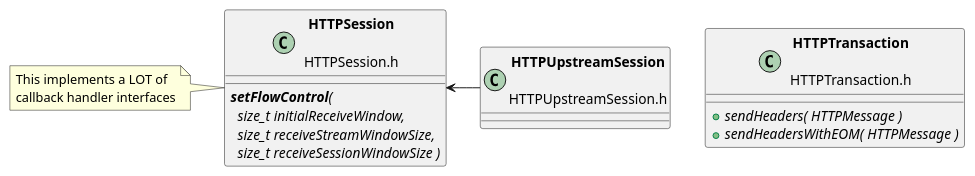
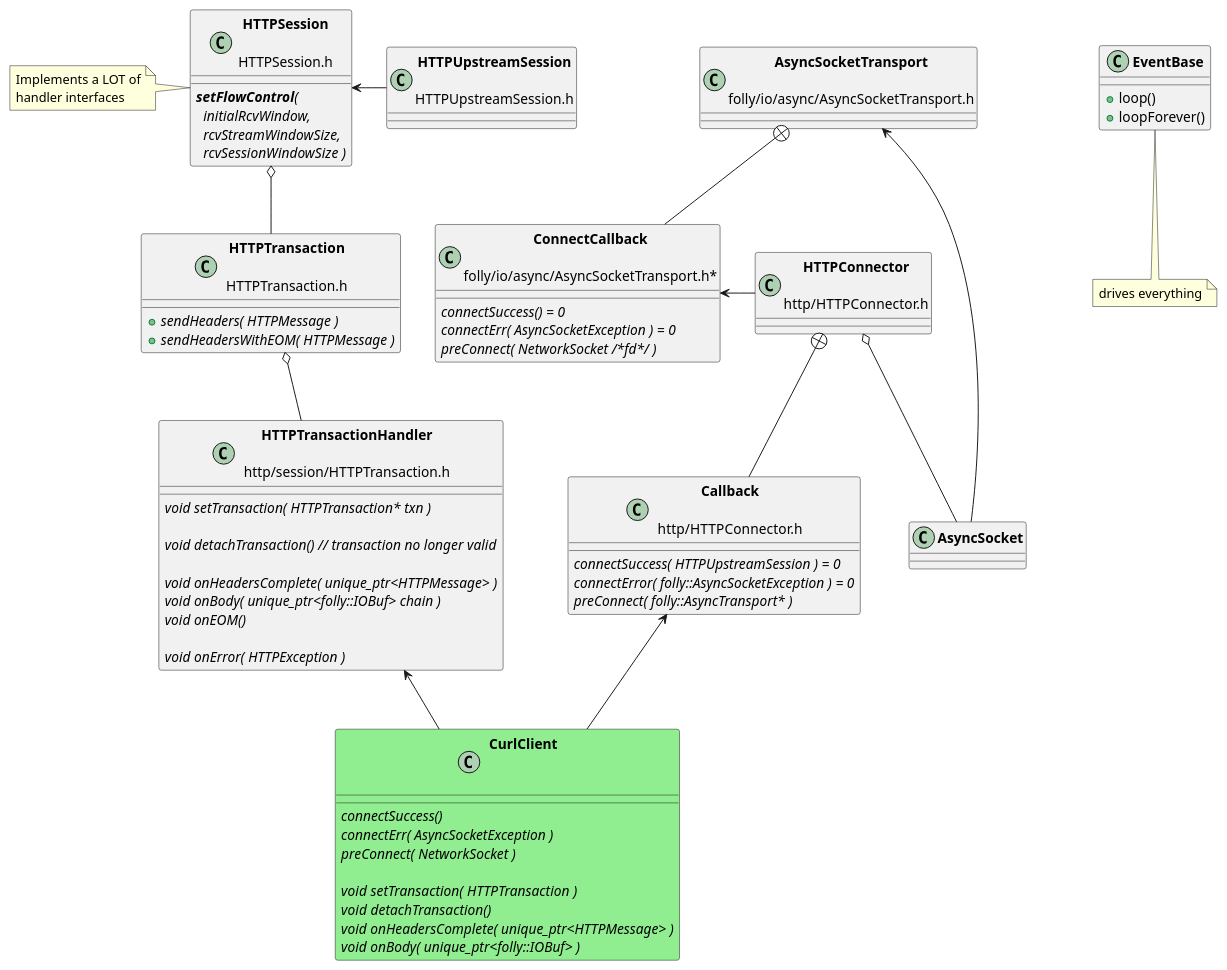
Before and after one commit to patrickhallinan/hello-proxygen: the third of 3 diagrams in doc/proxygen-curl-sample.adoc, drawn with PlantUML. The commit also changed other lines of this file and 1 other file, not shown here.

Commit message:
update curl documentation

```diff
--- a/doc/proxygen-curl-sample.adoc
+++ b/doc/proxygen-curl-sample.adoc
@@ -104,25 +116,92 @@
 [plantuml, "classes.puml", svg]
 ----
+class "**AsyncSocket**" as AsyncSocket
+
+class "**AsyncSocketTransport**\n\nfolly/io/async/AsyncSocketTransport.h" as AsyncSocketTransport
+
+class "**Callback**\n\nhttp/HTTPConnector.h" as Callback
+abstract "**ConnectCallback**\n\nfolly/io/async/AsyncSocketTransport.h*" as ConnectCallback
+
+class "**EventBase**" as EventBase
+note bottom: drives everything
+
+class "**HTTPConnector**\n\nhttp/HTTPConnector.h" as HTTPConnector
+class "**HTTPTransactionHandler**\n\nhttp/session/HTTPTransaction.h" as HTTPTransactionHandler
+class "**HTTPUpstreamSession**\n\nHTTPUpstreamSession.h" as HTTPUpstreamSession
+class "**HTTPTransaction**\n\nHTTPTransaction.h" as HTTPTransaction
+class "**CurlClient**\n\n" as CurlClient
+
 class "**HTTPSession**\n\nHTTPSession.h" as HTTPSession
 note left
-    This implements a LOT of
-    callback handler interfaces
+    Implements a LOT of
+    handler interfaces
 end note
 
-class "**HTTPUpstreamSession**\n\nHTTPUpstreamSession.h" as HTTPUpstreamSession
-class "**HTTPTransaction**\n\nHTTPTransaction.h" as HTTPTransaction
 
+AsyncSocketTransport <-- AsyncSocket
+
+ConnectCallback <- HTTPConnector
+
+Callback <-- CurlClient
+HTTPTransactionHandler <-- CurlClient
 
 HTTPSession <- HTTPUpstreamSession
 
-class HTTPSession {
-    {abstract} **setFlowControl**(\n  size_t initialReceiveWindow,\n  size_t receiveStreamWindowSize,\n  size_t receiveSessionWindowSize )
+AsyncSocketTransport +-- ConnectCallback
+HTTPConnector +-- Callback
+
+HTTPConnector o-- AsyncSocket
+
+HTTPSession o-- HTTPTransaction
+HTTPTransaction o-- HTTPTransactionHandler
+
+
+class EventBase {
+    +loop()
+    +loopForever()
 }
 
+class HTTPSession {
+    {abstract} **setFlowControl**(\n  initialRcvWindow,\n  rcvStreamWindowSize,\n  rcvSessionWindowSize )
+}
 
 class HTTPTransaction {
     +{abstract} sendHeaders( HTTPMessage )
     +{abstract} sendHeadersWithEOM( HTTPMessage )
 }
 
+class CurlClient #LightGreen {
+    {abstract} connectSuccess()
+    {abstract} connectErr( AsyncSocketException )
+    {abstract} preConnect( NetworkSocket )
+
+    {abstract} void setTransaction( HTTPTransaction )
+    {abstract}  void detachTransaction()
+    {abstract}  void onHeadersComplete( unique_ptr<HTTPMessage> )
+    {abstract}  void onBody( unique_ptr<folly::IOBuf> )
+}
+
+class ConnectCallback {
+    {abstract} connectSuccess() = 0
+    {abstract} connectErr( AsyncSocketException ) = 0
+    {abstract} preConnect( NetworkSocket /*fd*/ )
+}
+
+class Callback {
+    {abstract} connectSuccess( HTTPUpstreamSession ) = 0
+    {abstract} connectError( folly::AsyncSocketException ) = 0
+    {abstract} preConnect( folly::AsyncTransport* )
+}
+
+class HTTPTransactionHandler {
+    {abstract} void setTransaction( HTTPTransaction* txn )
+
+    {abstract}  void detachTransaction() // transaction no longer valid
+
+    {abstract} void onHeadersComplete( unique_ptr<HTTPMessage> )
+    {abstract} void onBody( unique_ptr<folly::IOBuf> chain )
+    {abstract} void onEOM()
+
+    {abstract} void onError( HTTPException )
+}
 ----
```
